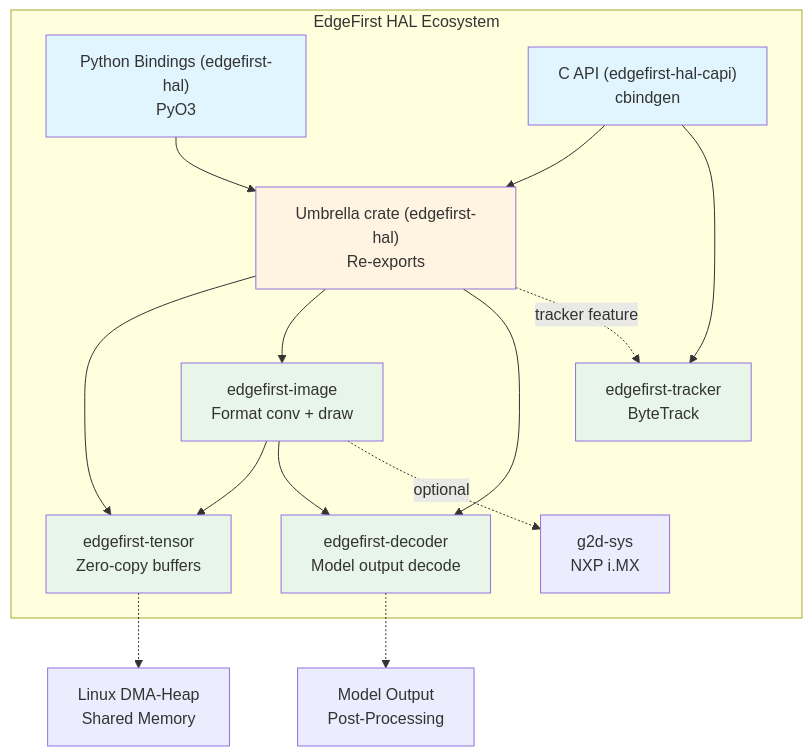
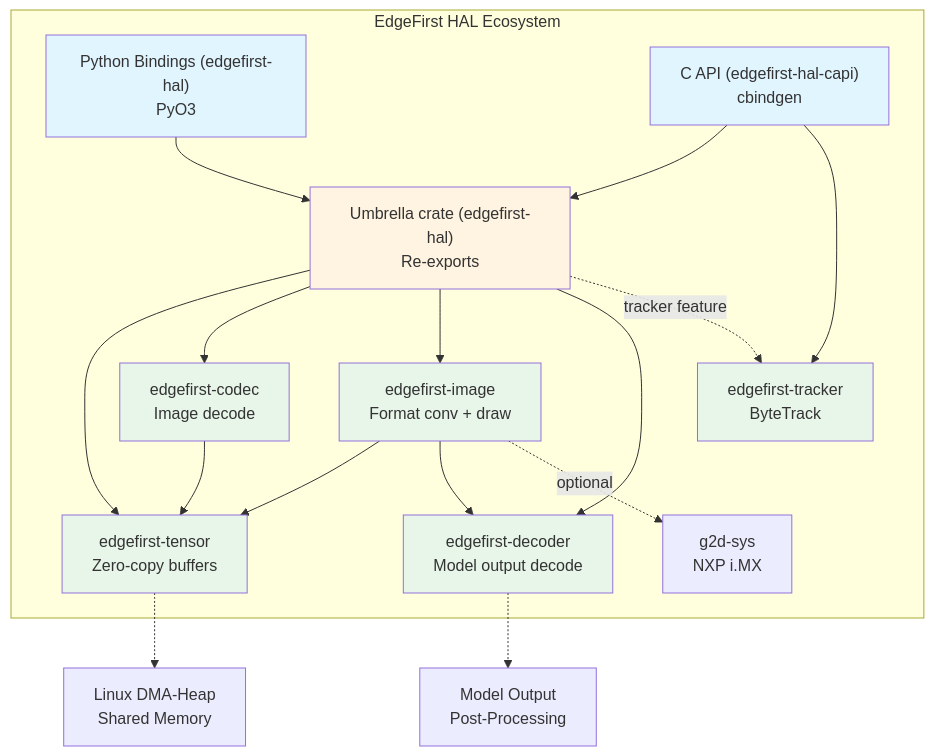
Before and after one commit to EdgeFirstAI/hal: the first of 2 diagrams in README.md, drawn with Mermaid. The commit also changed other lines of this file and 32 other files, not shown here.

````diff
--- a/README.md
+++ b/README.md
@@ -111,37 +111,41 @@
 ```mermaid
 graph TB
     subgraph "EdgeFirst HAL Ecosystem"
         Python["Python Bindings (edgefirst-hal)<br/>PyO3"]
         CAPI["C API (edgefirst-hal-capi)<br/>cbindgen"]
         Main["Umbrella crate (edgefirst-hal)<br/>Re-exports"]
 
         Python --> Main
         CAPI --> Main
 
         Tensor["edgefirst-tensor<br/>Zero-copy buffers"]
+        Codec["edgefirst-codec<br/>Image decode"]
         Image["edgefirst-image<br/>Format conv + draw"]
         Decoder["edgefirst-decoder<br/>Model output decode"]
         Tracker["edgefirst-tracker<br/>ByteTrack"]
 
         Main --> Tensor
+        Main --> Codec
         Main --> Image
         Main --> Decoder
         Main -.->|tracker feature| Tracker
         CAPI --> Tracker
 
+        Codec --> Tensor
         Image --> Tensor
         Image --> Decoder
         Image -.optional.-> G2D["g2d-sys<br/>NXP i.MX"]
     end
 
     Tensor -.-> DMA["Linux DMA-Heap<br/>Shared Memory"]
     Decoder -.-> PostProc["Model Output<br/>Post-Processing"]
 
     style Python fill:#e1f5ff
     style CAPI fill:#e1f5ff
     style Main fill:#fff4e1
     style Tensor fill:#e8f5e9
+    style Codec fill:#e8f5e9
     style Image fill:#e8f5e9
     style Decoder fill:#e8f5e9
     style Tracker fill:#e8f5e9
 ```
````
